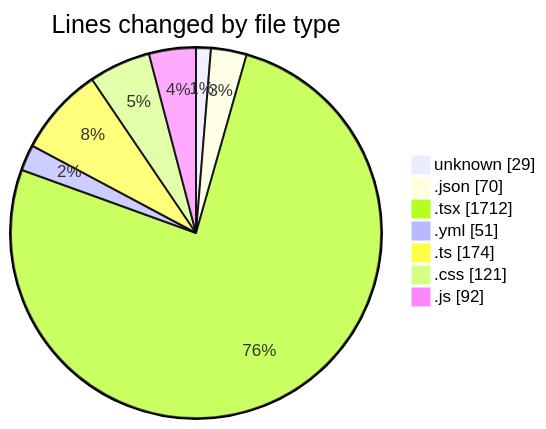
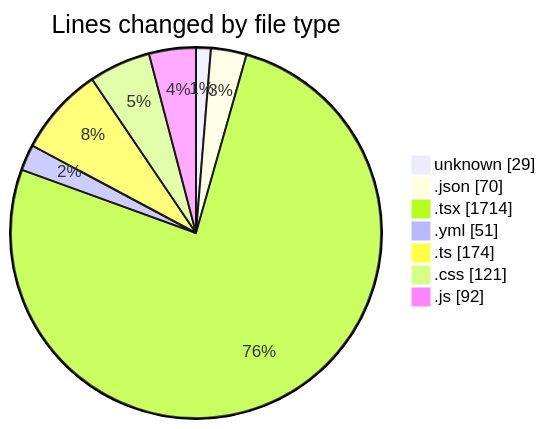
One commit to robertbonfada/code-tracking changed the first of 2 diagrams in 2025-01-14/mbc-web/README.md. Above: the diagram before and after it, drawn with Mermaid. The commit also changed other lines of this file and 1 other file, not shown here.

````diff
--- a/2025-01-14/mbc-web/README.md
+++ b/2025-01-14/mbc-web/README.md
@@ -41,11 +41,11 @@
 ```mermaid
 pie showData
 title Lines changed by file type
 "unknown" : 29
 ".json" : 70
-".tsx" : 1712
+".tsx" : 1714
 ".yml" : 51
 ".ts" : 174
 ".css" : 121
 ".js" : 92
 ```
````
